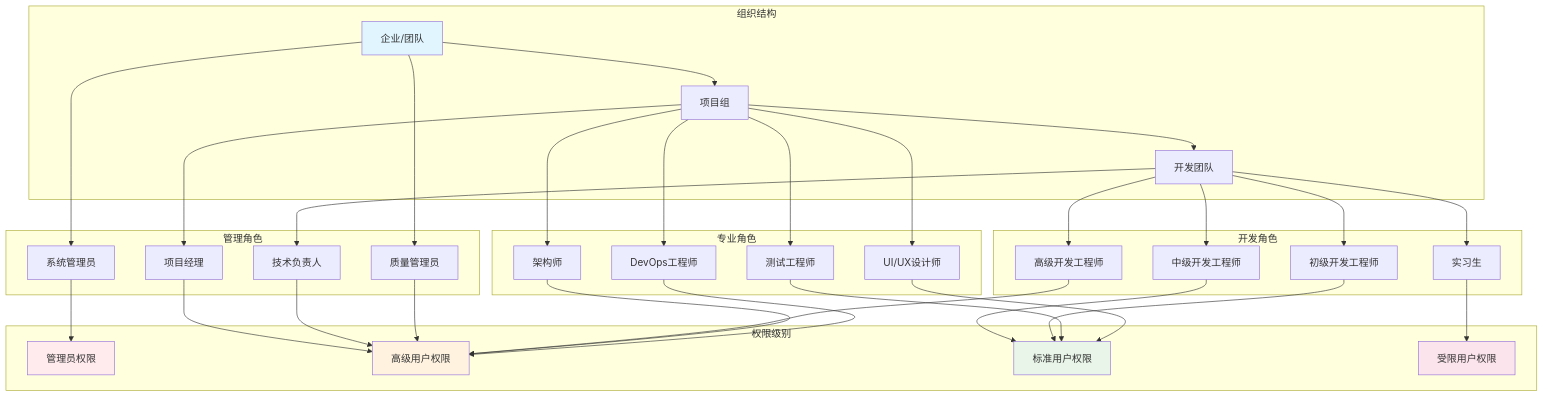
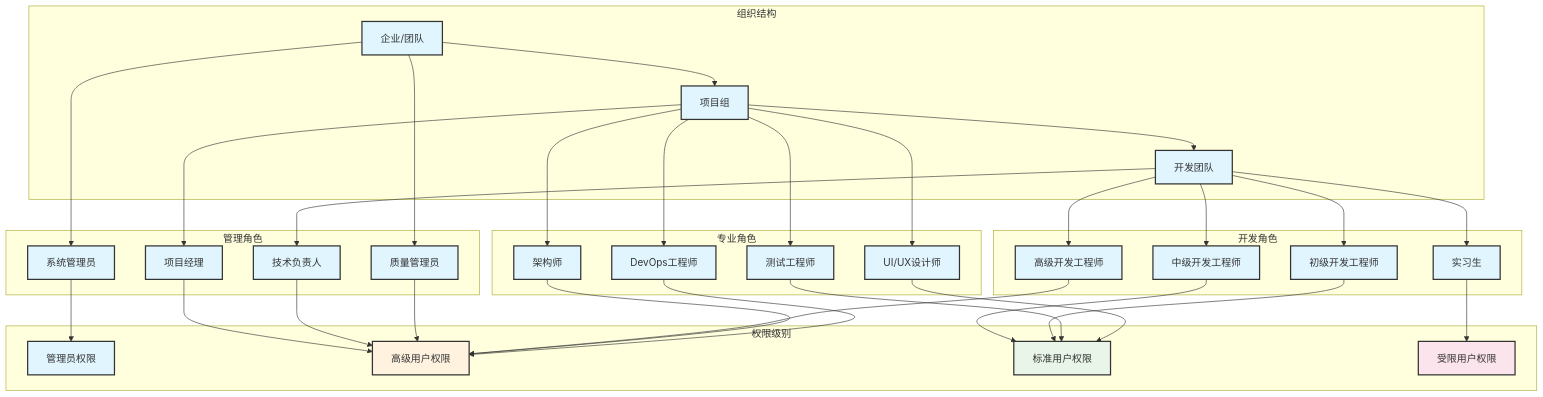
One commit to Coldplay-now/ai-ide-guide-core changed the fifth of 9 diagrams in docs/assets/diagrams/system-architecture-diagrams.md. Above: the diagram before and after it, drawn with Mermaid. The commit also changed other lines of this file and 148 other files, not shown here.

````diff
--- a/docs/assets/diagrams/system-architecture-diagrams.md
+++ b/docs/assets/diagrams/system-architecture-diagrams.md
@@ -254,76 +241,68 @@
 ```mermaid
 graph TB
     subgraph "组织结构"
         A[企业/团队]
         B[项目组]
         C[开发团队]
     end
-    
     subgraph "管理角色"
         D[系统管理员]
         E[项目经理]
         F[技术负责人]
         G[质量管理员]
     end
-    
     subgraph "开发角色"
         H[高级开发工程师]
         I[中级开发工程师]
         J[初级开发工程师]
         K[实习生]
     end
-    
     subgraph "专业角色"
         L[架构师]
         M[DevOps工程师]
         N[测试工程师]
         O[UI/UX设计师]
     end
-    
     subgraph "权限级别"
         P[管理员权限]
         Q[高级用户权限]
         R[标准用户权限]
         S[受限用户权限]
     end
-    
     A --> B
     B --> C
-    
     D --> P
     E --> Q
     F --> Q
     G --> Q
-    
     H --> Q
     I --> R
     J --> R
     K --> S
-    
     L --> Q
     M --> Q
     N --> R
     O --> R
-    
     C --> H
     C --> I
     C --> J
     C --> K
-    
     B --> L
     B --> M
     B --> N
     B --> O
-    
     A --> D
     B --> E
     C --> F
     A --> G
-    
     style A fill:#e1f5fe
-    style P fill:#ffebee
+    style P fill:#e1f5fe
     style Q fill:#fff3e0
     style R fill:#e8f5e8
     style S fill:#fce4ec
-
+%% Standard styling
+classDef default fill:#e1f5fe,stroke:#333,stroke-width:2px
+classDef highlight fill:#bbdefb,stroke:#333,stroke-width:3px
+classDef process fill:#90caf9,stroke:#333,stroke-width:2px
+classDef decision fill:#64b5f6,stroke:#333,stroke-width:2px
 ```
````
